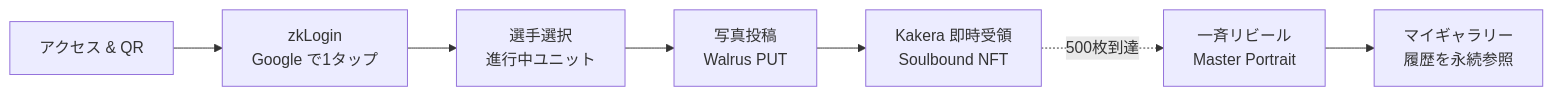
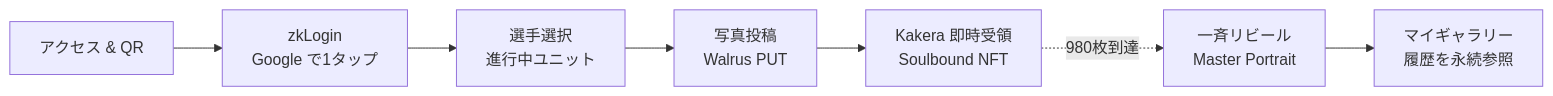
Before and after one commit to UnagiLabs/one_portrait: the diagram in README.md, drawn with Mermaid. The commit also changed other lines of this file and 16 other files, not shown here.

````diff
--- a/README.md
+++ b/README.md
@@ -57,9 +57,9 @@
 ```mermaid
 flowchart LR
     A[アクセス & QR] --> B[zkLogin<br/>Google で1タップ]
     B --> C[選手選択<br/>進行中ユニット]
     C --> D[写真投稿<br/>Walrus PUT]
     D --> E[Kakera 即時受領<br/>Soulbound NFT]
-    E -. 500枚到達 .-> F[一斉リビール<br/>Master Portrait]
+    E -. 980枚到達 .-> F[一斉リビール<br/>Master Portrait]
     F --> G[マイギャラリー<br/>履歴を永続参照]
 ```
````
